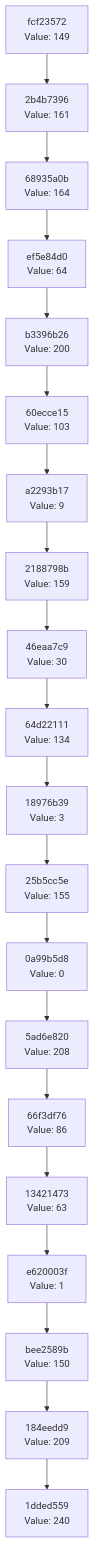
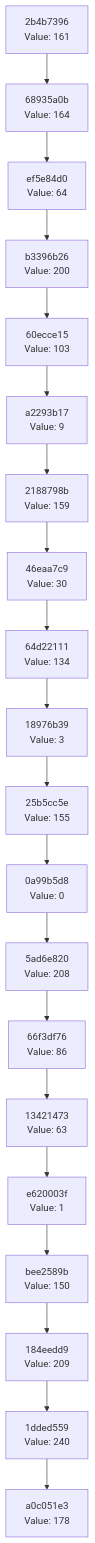
The diagram in docs/CHAIN_VISUALIZATION.md (Abhisheksinha1506/hash-chain-evolver), drawn with Mermaid before and after one commit. The commit also changed 3 other files, not shown here.

````diff
--- a/docs/CHAIN_VISUALIZATION.md
+++ b/docs/CHAIN_VISUALIZATION.md
@@ -3,42 +3,42 @@
 ```mermaid
 graph TD
-    C0["1dded559<br/>Value: 240"]
-    C1["184eedd9<br/>Value: 209"]
+    C0["a0c051e3<br/>Value: 178"]
+    C1["1dded559<br/>Value: 240"]
     C1 --> C0
-    C2["bee2589b<br/>Value: 150"]
+    C2["184eedd9<br/>Value: 209"]
     C2 --> C1
-    C3["e620003f<br/>Value: 1"]
+    C3["bee2589b<br/>Value: 150"]
     C3 --> C2
-    C4["13421473<br/>Value: 63"]
+    C4["e620003f<br/>Value: 1"]
     C4 --> C3
-    C5["66f3df76<br/>Value: 86"]
+    C5["13421473<br/>Value: 63"]
     C5 --> C4
-    C6["5ad6e820<br/>Value: 208"]
+    C6["66f3df76<br/>Value: 86"]
     C6 --> C5
-    C7["0a99b5d8<br/>Value: 0"]
+    C7["5ad6e820<br/>Value: 208"]
     C7 --> C6
-    C8["25b5cc5e<br/>Value: 155"]
+    C8["0a99b5d8<br/>Value: 0"]
     C8 --> C7
-    C9["18976b39<br/>Value: 3"]
+    C9["25b5cc5e<br/>Value: 155"]
     C9 --> C8
-    C10["64d22111<br/>Value: 134"]
+    C10["18976b39<br/>Value: 3"]
     C10 --> C9
-    C11["46eaa7c9<br/>Value: 30"]
+    C11["64d22111<br/>Value: 134"]
     C11 --> C10
-    C12["2188798b<br/>Value: 159"]
+    C12["46eaa7c9<br/>Value: 30"]
     C12 --> C11
-    C13["a2293b17<br/>Value: 9"]
+    C13["2188798b<br/>Value: 159"]
     C13 --> C12
-    C14["60ecce15<br/>Value: 103"]
+    C14["a2293b17<br/>Value: 9"]
     C14 --> C13
-    C15["b3396b26<br/>Value: 200"]
+    C15["60ecce15<br/>Value: 103"]
     C15 --> C14
-    C16["ef5e84d0<br/>Value: 64"]
+    C16["b3396b26<br/>Value: 200"]
     C16 --> C15
-    C17["68935a0b<br/>Value: 164"]
+    C17["ef5e84d0<br/>Value: 64"]
     C17 --> C16
-    C18["2b4b7396<br/>Value: 161"]
+    C18["68935a0b<br/>Value: 164"]
     C18 --> C17
-    C19["fcf23572<br/>Value: 149"]
+    C19["2b4b7396<br/>Value: 161"]
     C19 --> C18
 ```
````
